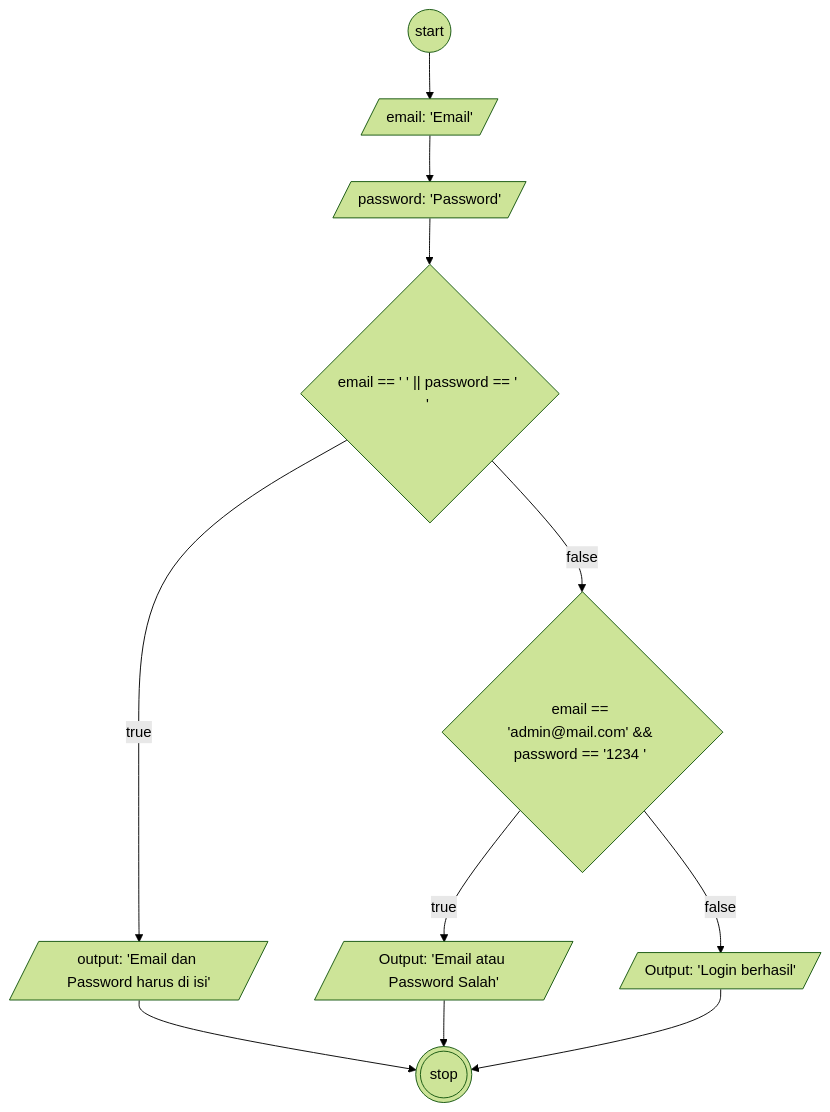
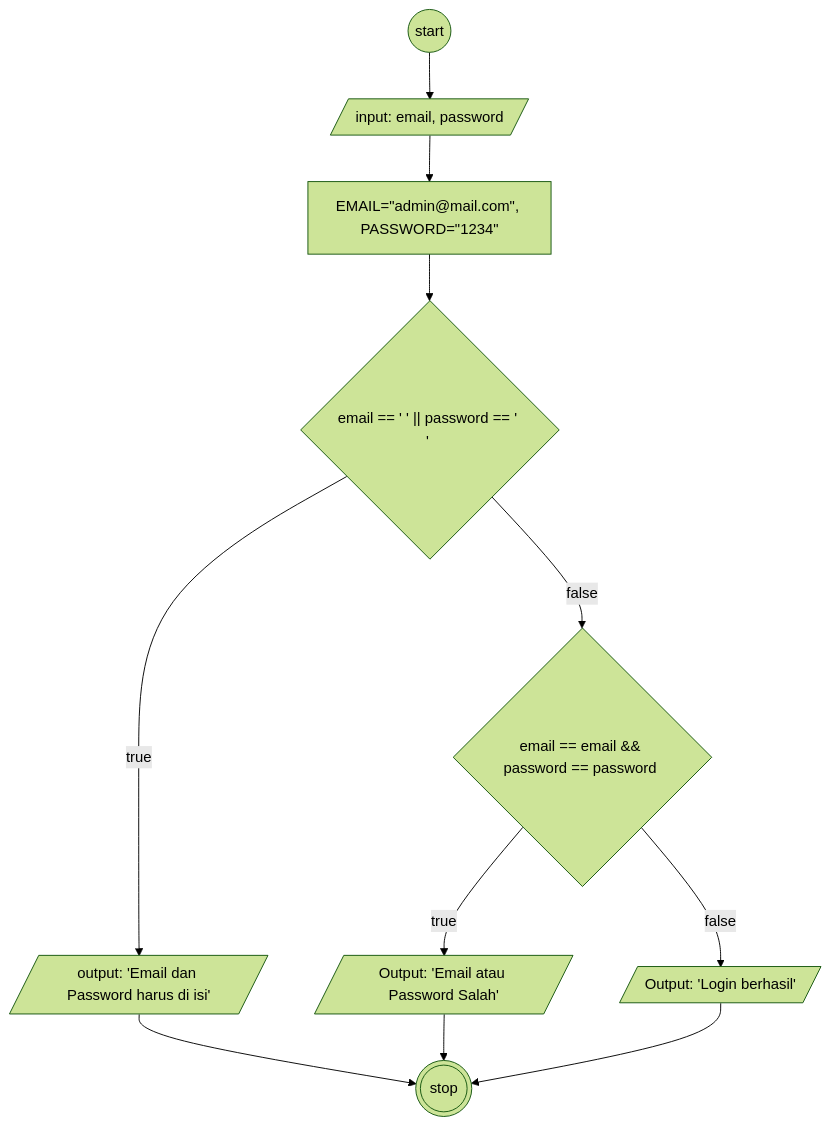
One commit to AbiPasundan/koda-b6-algoritma changed the diagram in flowchart-email-password.md. Above: the diagram before and after it, drawn with Mermaid (forest theme).

````diff
--- a/flowchart-email-password.md
+++ b/flowchart-email-password.md
@@ -11,19 +11,19 @@
 ```mermaid
 flowchart TB
  A@{ shape: circ, label: "start"} 
- B@{ shape: lean-r, label: "email: 'Email'"}
- C@{ shape: lean-r, label: "password: 'Password'"}
+ B@{ shape: lean-r, label: "input: email, password"}
+ C@{ shape: rect, label: 'EMAIL="admin@mail.com", PASSWORD="1234"'}
  D@{ shape: diamond, label: "email == ' ' || password == ' ' "}
  X@{ shape: lean-r, label: "output: 'Email dan Password harus di isi'"}
- E@{ shape: diamond , label: "email == 'admin@mail.com' && password == '1234 ' "}
+ E@{ shape: diamond , label: "email == email && password == password "}
  F@{ shape: lean-r, label: "Output: 'Login berhasil'"}
  G@{ shape: lean-r, label: "Output: 'Email atau Password Salah'"}
  Z@{ shape: dbl-circ, label: "stop"}
 
 
 A-->B-->C-->D
 D-->|true|X-->Z
 D-->|false|E
 E-->|true|G-->Z
 E-->|false|F-->Z
 ```
````
